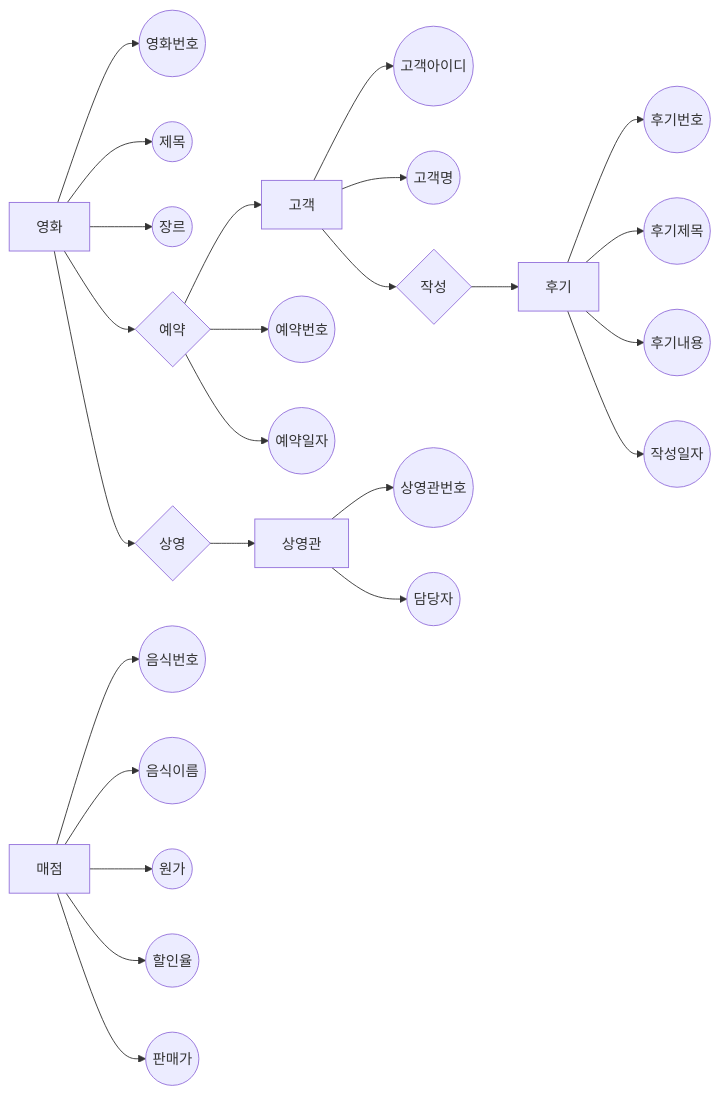
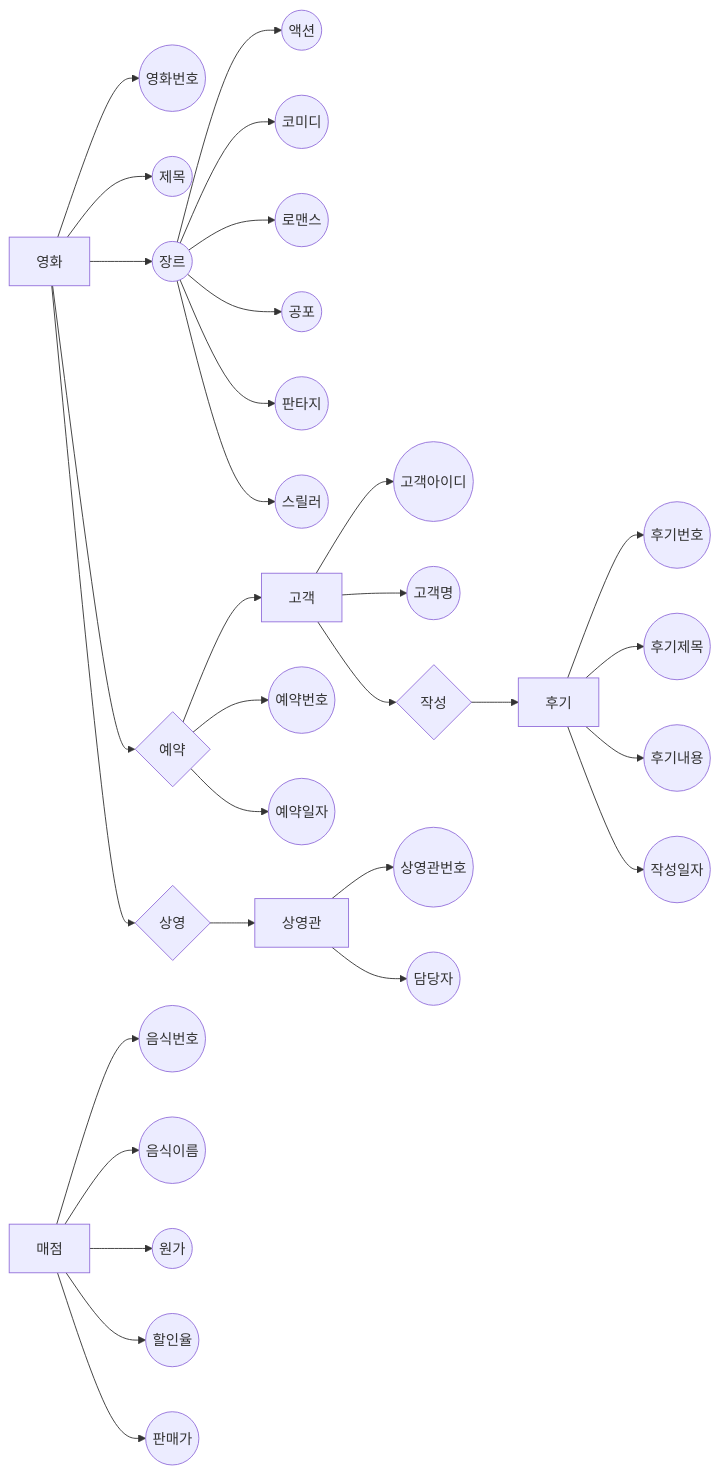
The diagram in README.md (ydj1215/2022DataBaseProject), drawn with Mermaid before and after one commit.

````diff
--- a/README.md
+++ b/README.md
@@ -30,33 +30,39 @@
 ```mermaid
 graph LR
 A[영화]
    A --> B((영화번호))
    A --> C((제목))
    A --> D((장르))
+   D --> f((액션))
+   D --> g((코미디))
+   D --> h((로맨스))
+   D --> i((공포))
+   D --> j((판타지))
+   D --> k((스릴러))
 E[고객]
    E --> F((고객아이디))
    E --> G((고객명))
 H[상영관]
    H --> I((상영관번호))
    H --> J((담당자))
 K[후기]
    K --> Q((후기번호))
    K --> R((후기제목))
    K --> S((후기내용))
    K --> T((작성일자))
 U[매점]
    U --> V((음식번호))
    U --> W((음식이름))
    U --> X((원가))
    U --> Y((할인율))
    U --> Z((판매가))
  A --> a{예약}
  a --> E
  a --> b((예약번호))
  a --> c((예약일자))
  A --> d{상영}
  d --> H
  E --> e{작성}
  e --> K
 
 ```
````
